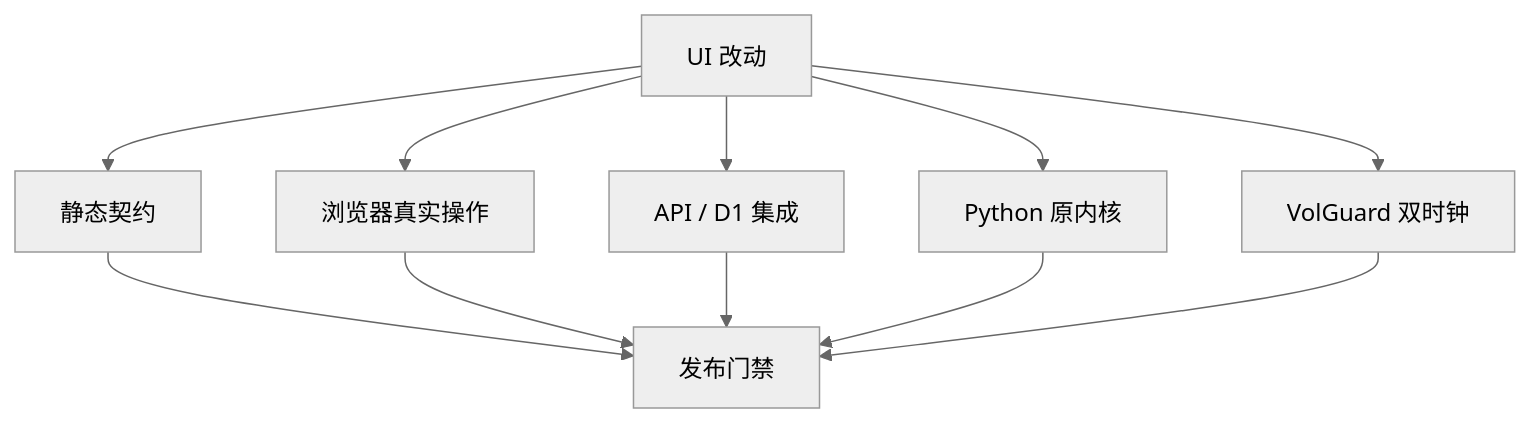
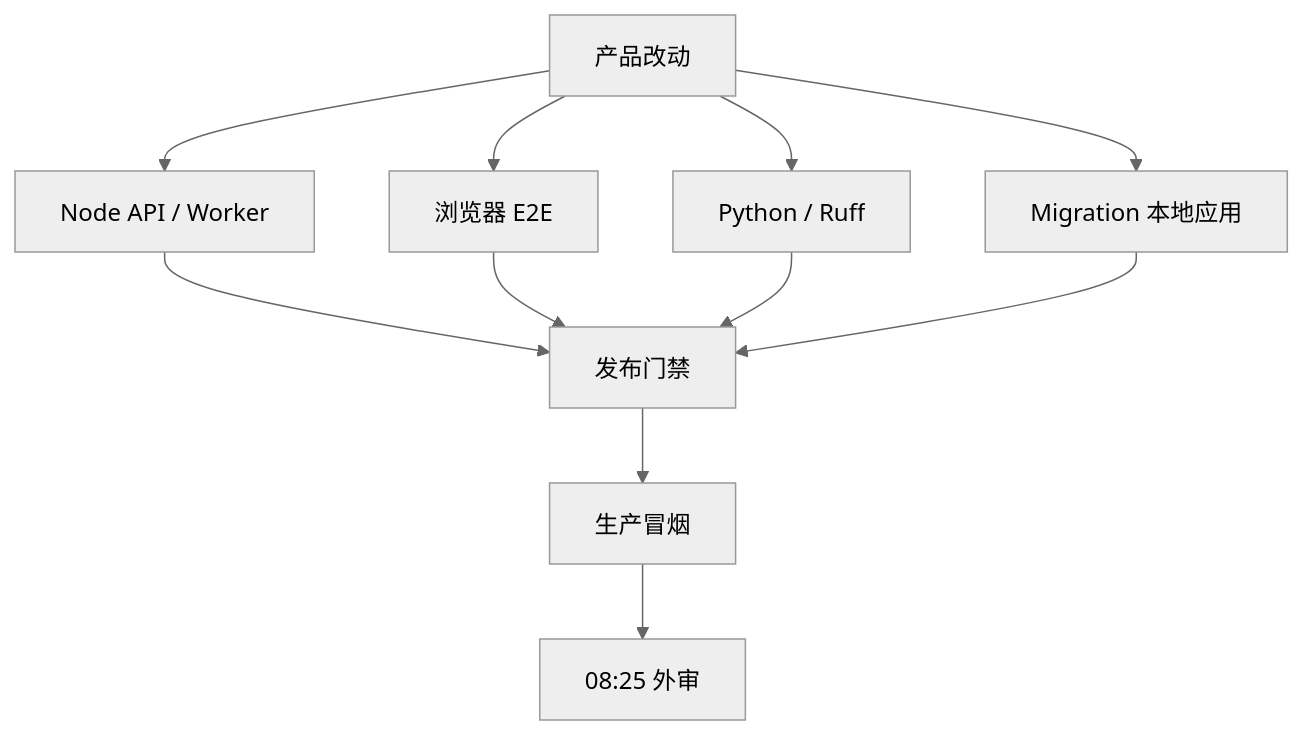
One commit to gaaiyun/TradingWorkbench changed the diagram in docs/regression-and-migration.md. Above: the diagram before and after it, drawn with Mermaid (neutral theme). The commit also changed other lines of this file and 4 other files, not shown here.

````diff
--- a/docs/regression-and-migration.md
+++ b/docs/regression-and-migration.md
@@ -106,13 +152,13 @@
 ```mermaid
 flowchart TD
-    U["UI 改动"] --> C["静态契约"]
-    U --> B["浏览器真实操作"]
-    U --> A["API / D1 集成"]
-    U --> P["Python 原内核"]
-    U --> O["VolGuard 双时钟"]
-    C --> G["发布门禁"]
+    U["产品改动"] --> N["Node API / Worker"]
+    U --> B["浏览器 E2E"]
+    U --> P["Python / Ruff"]
+    U --> M["Migration 本地应用"]
+    N --> G["发布门禁"]
     B --> G
-    A --> G
     P --> G
-    O --> G
+    M --> G
+    G --> S["生产冒烟"]
+    S --> A["08:25 外审"]
 ```
````
